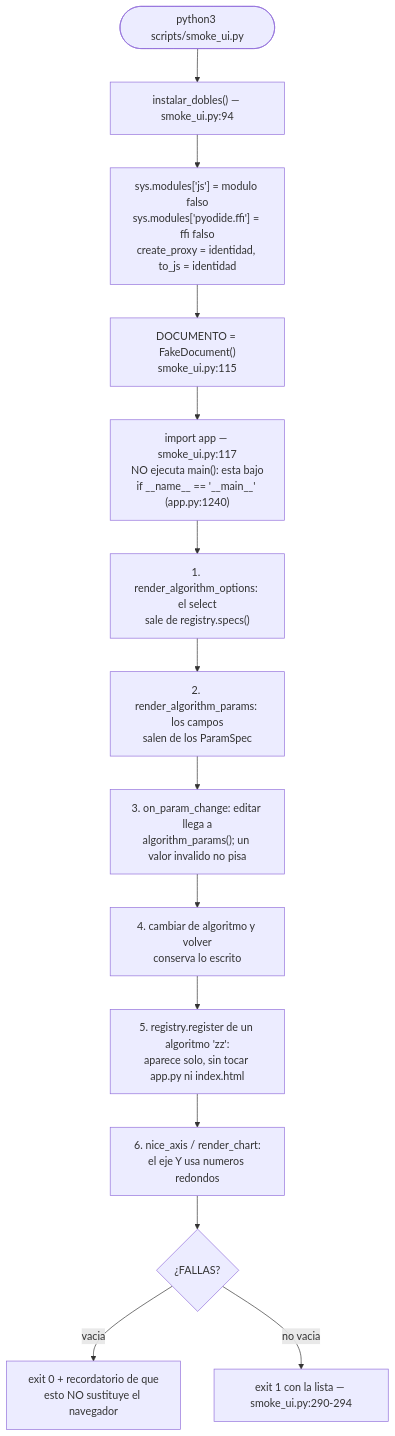
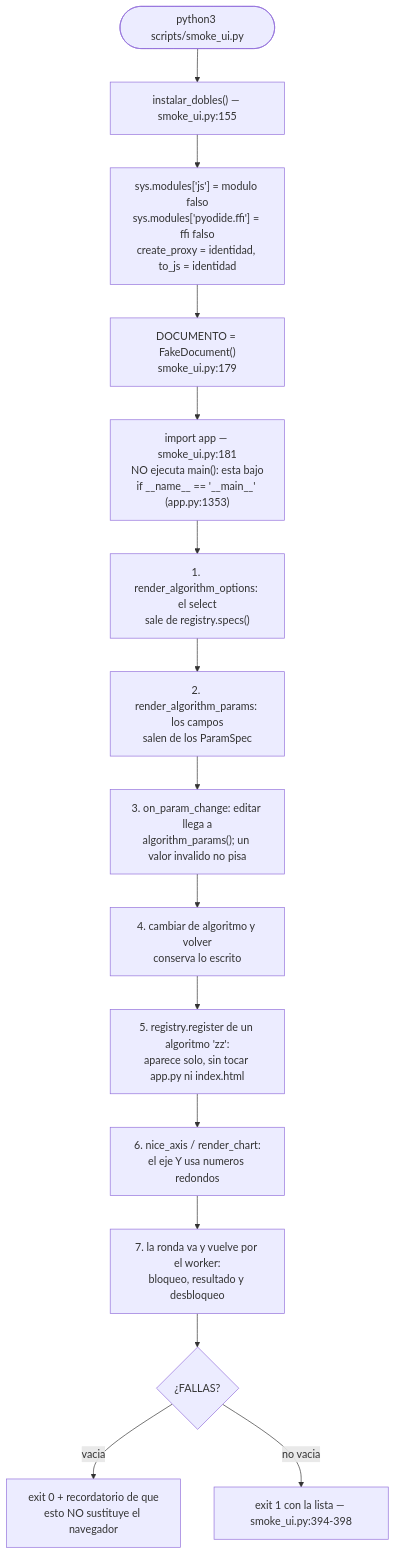
One commit to Rou-uu/consenso-simulador changed the sixth of 7 diagrams in docs/07-verificacion.md. Above: the diagram before and after it, drawn with Mermaid. The commit also changed other lines of this file and 14 other files, not shown here.

````diff
--- a/docs/07-verificacion.md
+++ b/docs/07-verificacion.md
@@ -603,16 +603,17 @@
 ```mermaid
 flowchart TB
-    START(["python3 scripts/smoke_ui.py"]) --> DOB["instalar_dobles() — smoke_ui.py:94"]
+    START(["python3 scripts/smoke_ui.py"]) --> DOB["instalar_dobles() — smoke_ui.py:155"]
     DOB --> SYS["sys.modules['js'] = modulo falso<br/>sys.modules['pyodide.ffi'] = ffi falso<br/>create_proxy = identidad, to_js = identidad"]
-    SYS --> DOC["DOCUMENTO = FakeDocument()<br/>smoke_ui.py:115"]
-    DOC --> IMP["import app — smoke_ui.py:117<br/>NO ejecuta main(): esta bajo<br/>if __name__ == '__main__' (app.py:1240)"]
+    SYS --> DOC["DOCUMENTO = FakeDocument()<br/>smoke_ui.py:179"]
+    DOC --> IMP["import app — smoke_ui.py:181<br/>NO ejecuta main(): esta bajo<br/>if __name__ == '__main__' (app.py:1353)"]
     IMP --> C1["1. render_algorithm_options: el select<br/>sale de registry.specs()"]
     C1 --> C2["2. render_algorithm_params: los campos<br/>salen de los ParamSpec"]
     C2 --> C3["3. on_param_change: editar llega a<br/>algorithm_params(); un valor invalido no pisa"]
     C3 --> C4["4. cambiar de algoritmo y volver<br/>conserva lo escrito"]
     C4 --> C5["5. registry.register de un algoritmo 'zz':<br/>aparece solo, sin tocar app.py ni index.html"]
     C5 --> C6["6. nice_axis / render_chart:<br/>el eje Y usa numeros redondos"]
-    C6 --> OUT{"¿FALLAS?"}
+    C6 --> C7["7. la ronda va y vuelve por el worker:<br/>bloqueo, resultado y desbloqueo"]
+    C7 --> OUT{"¿FALLAS?"}
     OUT -->|"vacia"| OK["exit 0 + recordatorio de que<br/>esto NO sustituye el navegador"]
-    OUT -->|"no vacia"| KO["exit 1 con la lista — smoke_ui.py:290-294"]
+    OUT -->|"no vacia"| KO["exit 1 con la lista — smoke_ui.py:394-398"]
 ```
````
